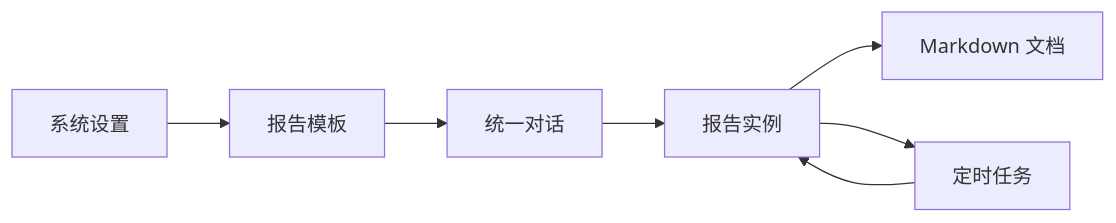
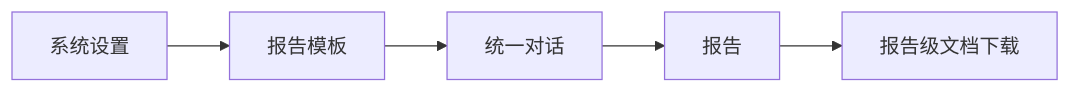
One commit to shel447/ReportSystem changed the diagram in README.md. Above: the diagram before and after it, drawn with Mermaid. The commit also changed other lines of this file and 79 other files, not shown here.

````diff
--- a/README.md
+++ b/README.md
@@ -16,9 +15,7 @@
 ```mermaid
 flowchart LR
     A["系统设置"] --> B["报告模板"]
     B --> C["统一对话"]
-    C --> D["报告实例"]
-    D --> E["Markdown 文档"]
-    D --> F["定时任务"]
-    F --> D
+    C --> D["报告"]
+    D --> E["报告级文档下载"]
 ```
````
